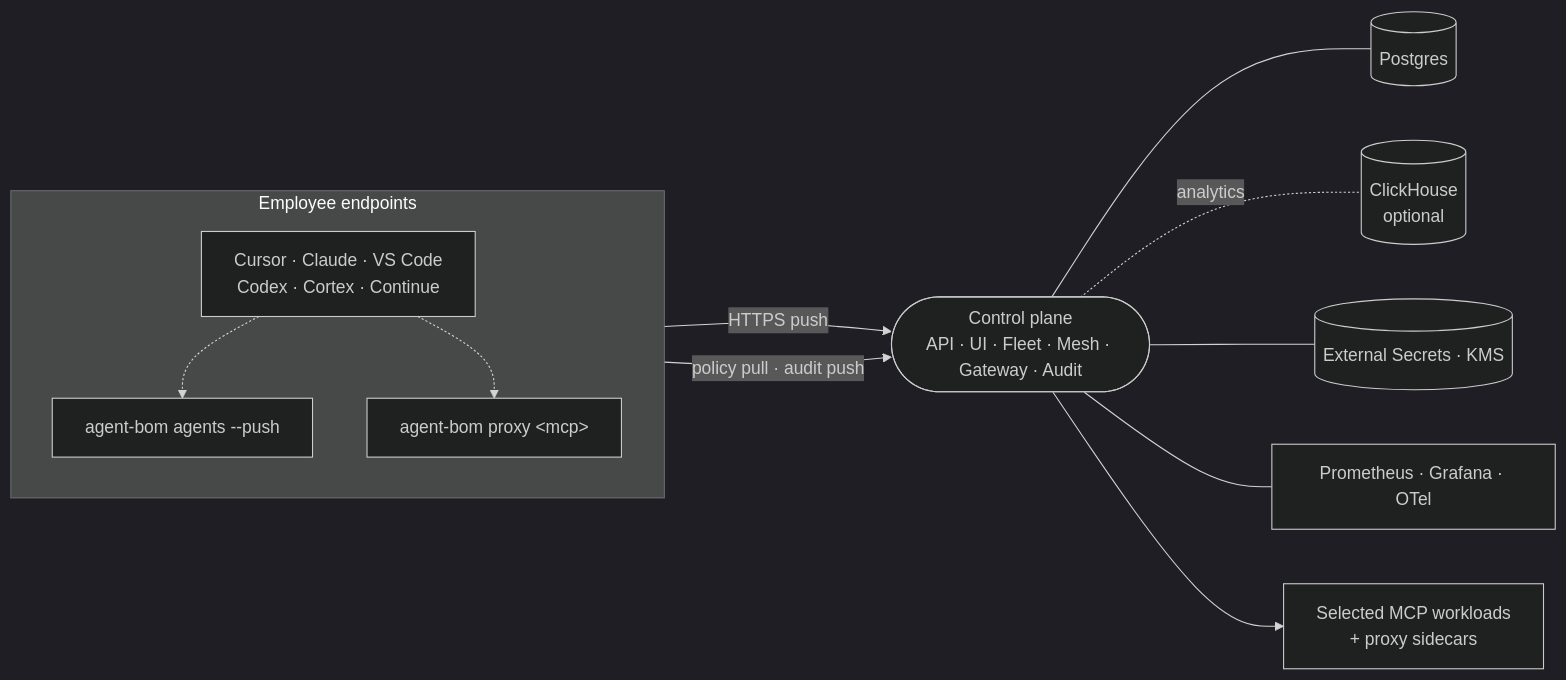
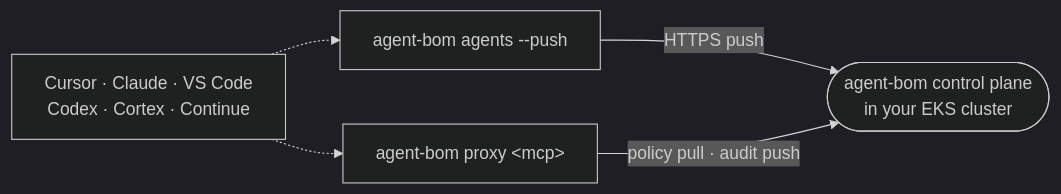
One commit to msaad00/agent-bom changed the first of 3 diagrams in README.md. Above: the diagram before and after it, drawn with Mermaid (dark theme). The commit also changed other lines of this file and 2 other files, not shown here.

First line of the commit message:
Restructure README EKS section + remove redundant topology SVG

````diff
--- a/README.md
+++ b/README.md
@@ -142,26 +138,12 @@
 ```mermaid
 flowchart LR
-    subgraph endpoints["Employee endpoints"]
-        direction TB
-        clients["Cursor · Claude · VS Code<br/>Codex · Cortex · Continue"]
-        push["agent-bom agents --push"]
-        proxy["agent-bom proxy &lt;mcp&gt;"]
-        clients -.-> push
-        clients -.-> proxy
-    end
+    clients["Cursor · Claude · VS Code<br/>Codex · Cortex · Continue"]
+    cli["agent-bom agents --push"]
+    prx["agent-bom proxy &lt;mcp&gt;"]
+    cp(["agent-bom control plane<br/>in your EKS cluster"])
 
-    cp(["Control plane<br/>API · UI · Fleet · Mesh · Gateway · Audit"])
-    pg[("Postgres")]
-    ch[("ClickHouse<br/>optional")]
-    sec[("External Secrets · KMS")]
-    obs["Prometheus · Grafana · OTel"]
-    workloads["Selected MCP workloads<br/>+ proxy sidecars"]
-
-    push -->|HTTPS push| cp
-    proxy -->|policy pull · audit push| cp
-    cp --- pg
-    cp -. analytics .- ch
-    cp --- sec
-    cp --- obs
-    cp --> workloads
+    clients -.-> cli
+    clients -.-> prx
+    cli -->|HTTPS push| cp
+    prx -->|policy pull · audit push| cp
 ```
````
